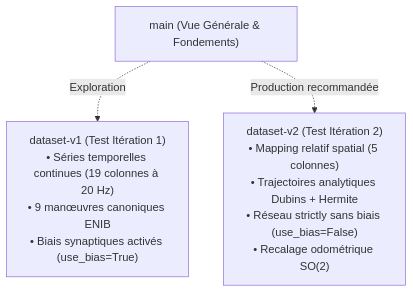
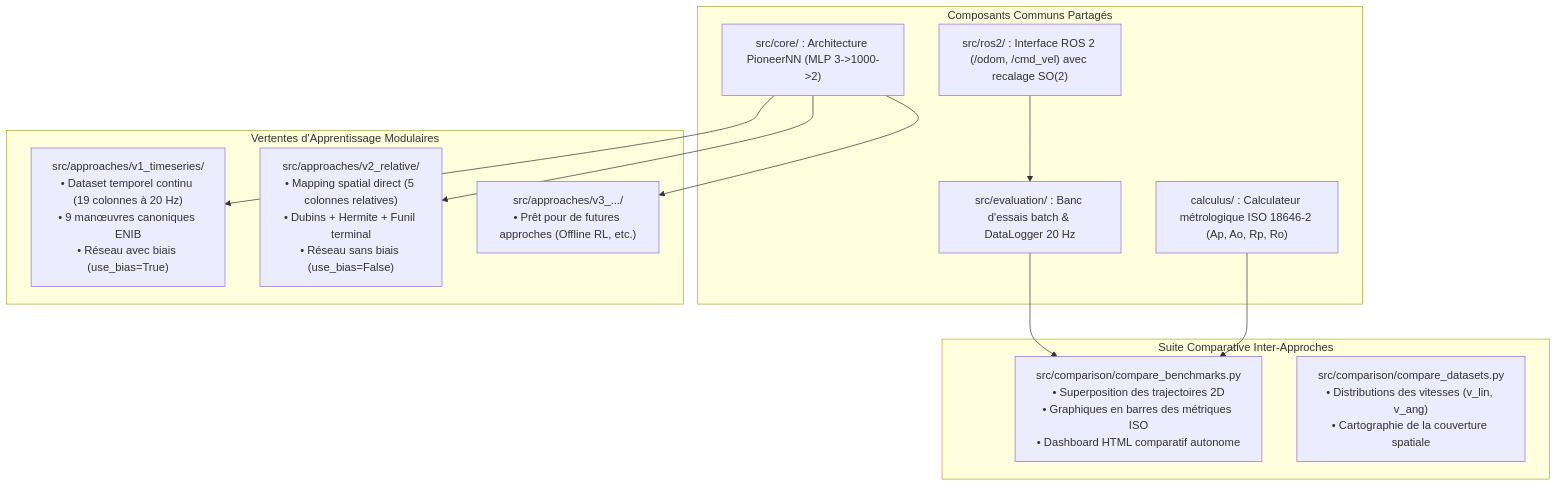
Before and after one commit to jupivato/limo-offline-learning: the diagram in README.md, drawn with Mermaid. The commit also changed other lines of this file and 43 other files, not shown here.

First line of the commit message:
feat(main): unifier les approches V1 et V2 dans un framework modulaire

````diff
--- a/README.md
+++ b/README.md
@@ -16,9 +17,27 @@
 ```mermaid
 graph TD
-    Main["main (Vue Générale & Fondements)"]
-    V1["dataset-v1 (Test Itération 1)\n• Séries temporelles continues (19 colonnes à 20 Hz)\n• 9 manœuvres canoniques ENIB\n• Biais synaptiques activés (use_bias=True)"]
-    V2["dataset-v2 (Test Itération 2)\n• Mapping relatif spatial (5 colonnes)\n• Trajectoires analytiques Dubins + Hermite\n• Réseau strictly sans biais (use_bias=False)\n• Recalage odométrique SO(2)"]
+    subgraph Noyau Commun [Composants Communs Partagés]
+        Core["src/core/ : Architecture PioneerNN (MLP 3->1000->2)"]
+        ROS["src/ros2/ : Interface ROS 2 (/odom, /cmd_vel) avec recalage SO(2)"]
+        Eval["src/evaluation/ : Banc d'essais batch & DataLogger 20 Hz"]
+        Calc["calculus/ : Calculateur métrologique ISO 18646-2 (Ap, Ao, Rp, Ro)"]
+    end
 
-    Main -.->|Exploration| V1
-    Main -.->|Production recommandée| V2
+    subgraph Approches [Vertentes d'Apprentissage Modulaires]
+        V1["src/approaches/v1_timeseries/\n• Dataset temporel continu (19 colonnes à 20 Hz)\n• 9 manœuvres canoniques ENIB\n• Réseau avec biais (use_bias=True)"]
+        V2["src/approaches/v2_relative/\n• Mapping spatial direct (5 colonnes relatives)\n• Dubins + Hermite + Funil terminal\n• Réseau sans biais (use_bias=False)"]
+        Vn["src/approaches/v3_.../\n• Prêt pour de futures approches (Offline RL, etc.)"]
+    end
+
+    subgraph Comparaison [Suite Comparative Inter-Approches]
+        CmpBench["src/comparison/compare_benchmarks.py\n• Superposition des trajectoires 2D\n• Graphiques en barres des métriques ISO\n• Dashboard HTML comparatif autonome"]
+        CmpData["src/comparison/compare_datasets.py\n• Distributions des vitesses (v_lin, v_ang)\n• Cartographie de la couverture spatiale"]
+    end
+
+    Core --> V1
+    Core --> V2
+    Core --> Vn
+    ROS --> Eval
+    Eval --> CmpBench
+    Calc --> CmpBench
 ```
````
